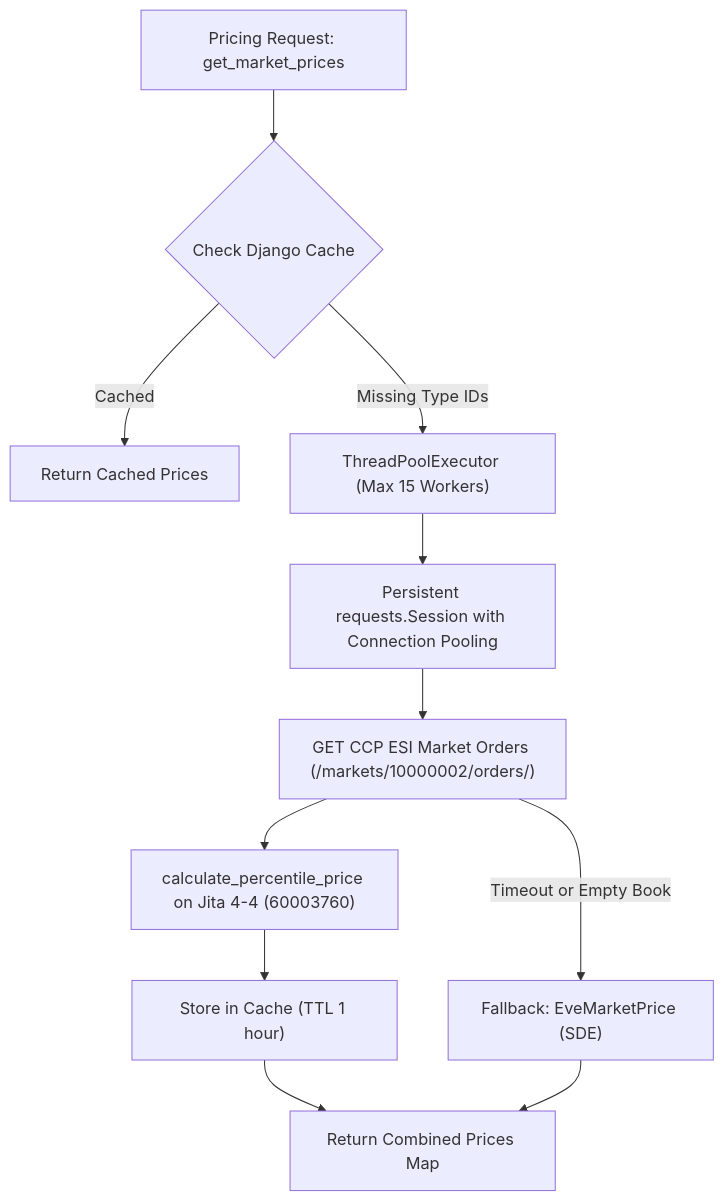
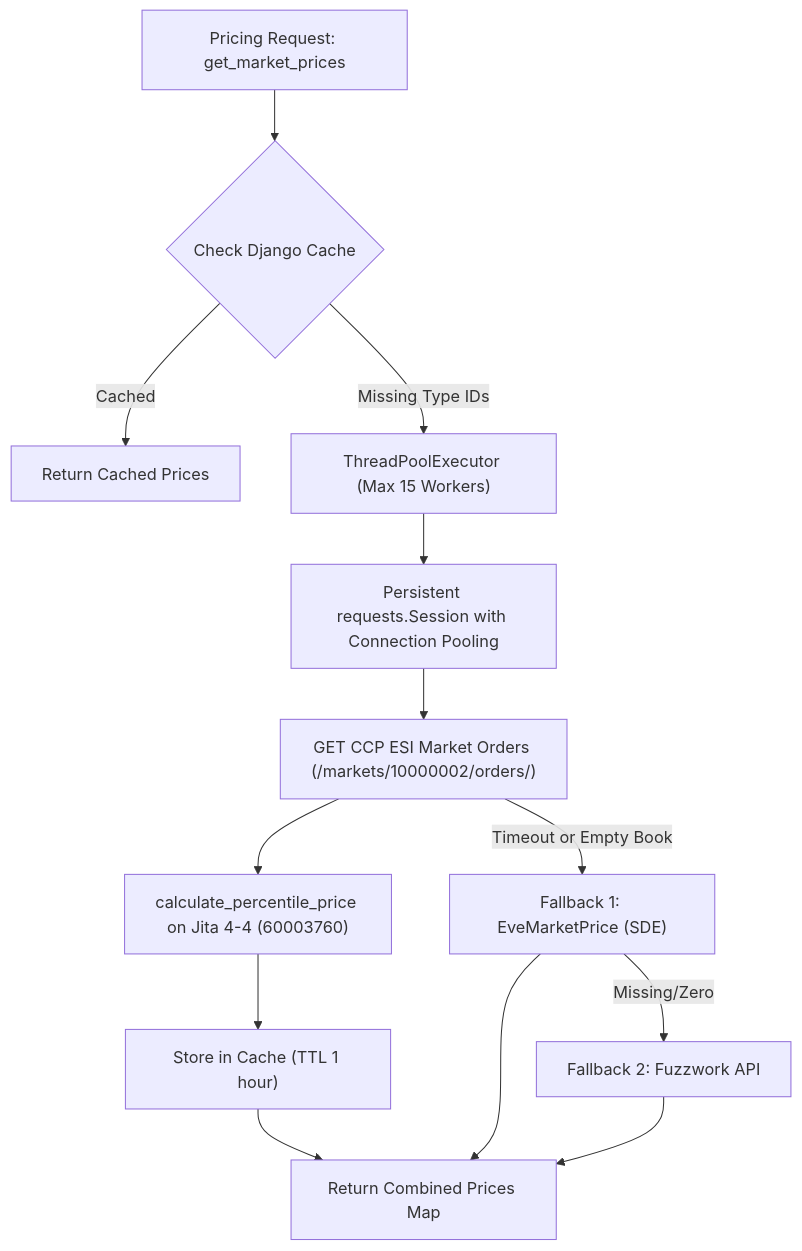
The diagram in backlog/docs/doc-14 - Direct-ESI-Market-Pricing-Architecture-and-Reference-Guide.md (mbroekman/aa-industry), drawn with Mermaid before and after one commit. The commit also changed other lines of this file and 50 other files, not shown here.

````diff
--- a/backlog/docs/doc-14 - Direct-ESI-Market-Pricing-Architecture-and-Reference-Guide.md
+++ b/backlog/docs/doc-14 - Direct-ESI-Market-Pricing-Architecture-and-Reference-Guide.md
@@ -31,13 +31,15 @@
 ```mermaid
 graph TD
     A["Pricing Request: get_market_prices"] --> B{"Check Django Cache"}
     B -->|Cached| C["Return Cached Prices"]
     B -->|Missing Type IDs| D["ThreadPoolExecutor (Max 15 Workers)"]
     D --> E["Persistent requests.Session with Connection Pooling"]
     E --> F["GET CCP ESI Market Orders (/markets/10000002/orders/)"]
     F --> G["calculate_percentile_price on Jita 4-4 (60003760)"]
     G --> H["Store in Cache (TTL 1 hour)"]
-    F -->|Timeout or Empty Book| I["Fallback: EveMarketPrice (SDE)"]
+    F -->|Timeout or Empty Book| I["Fallback 1: EveMarketPrice (SDE)"]
+    I -->|Missing/Zero| K["Fallback 2: Fuzzwork API"]
     H --> J["Return Combined Prices Map"]
     I --> J
+    K --> J
 ```
````
